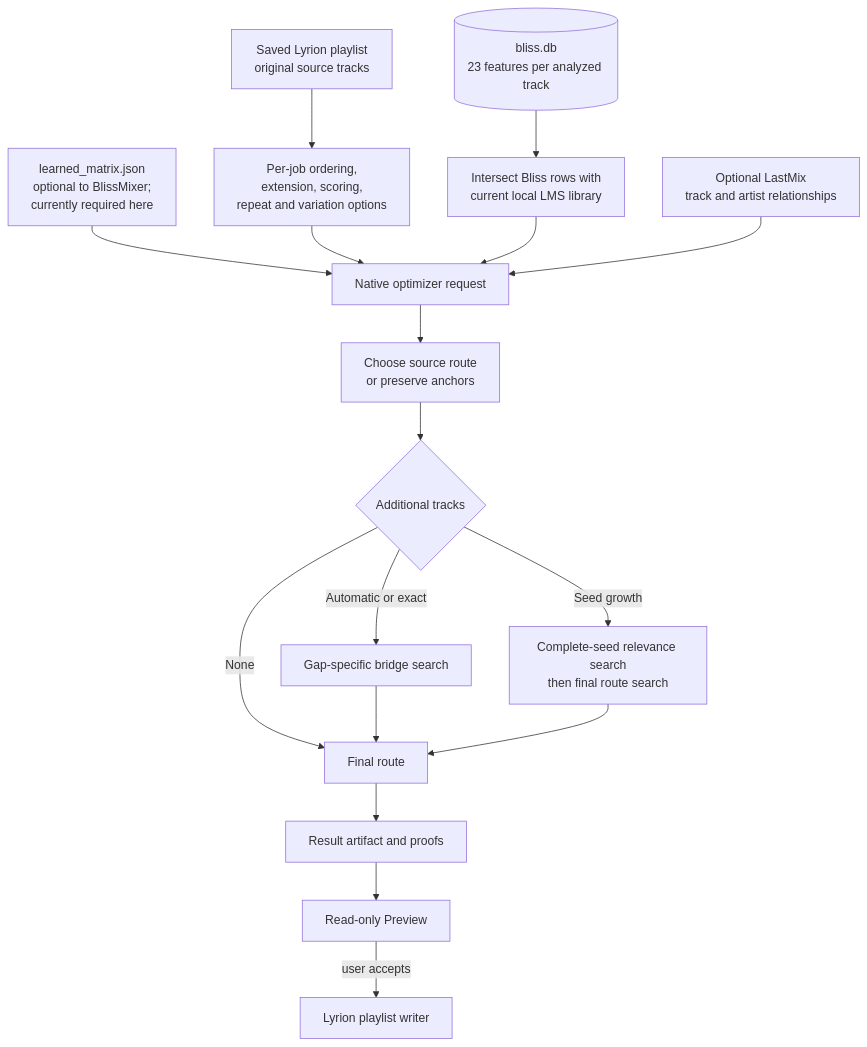
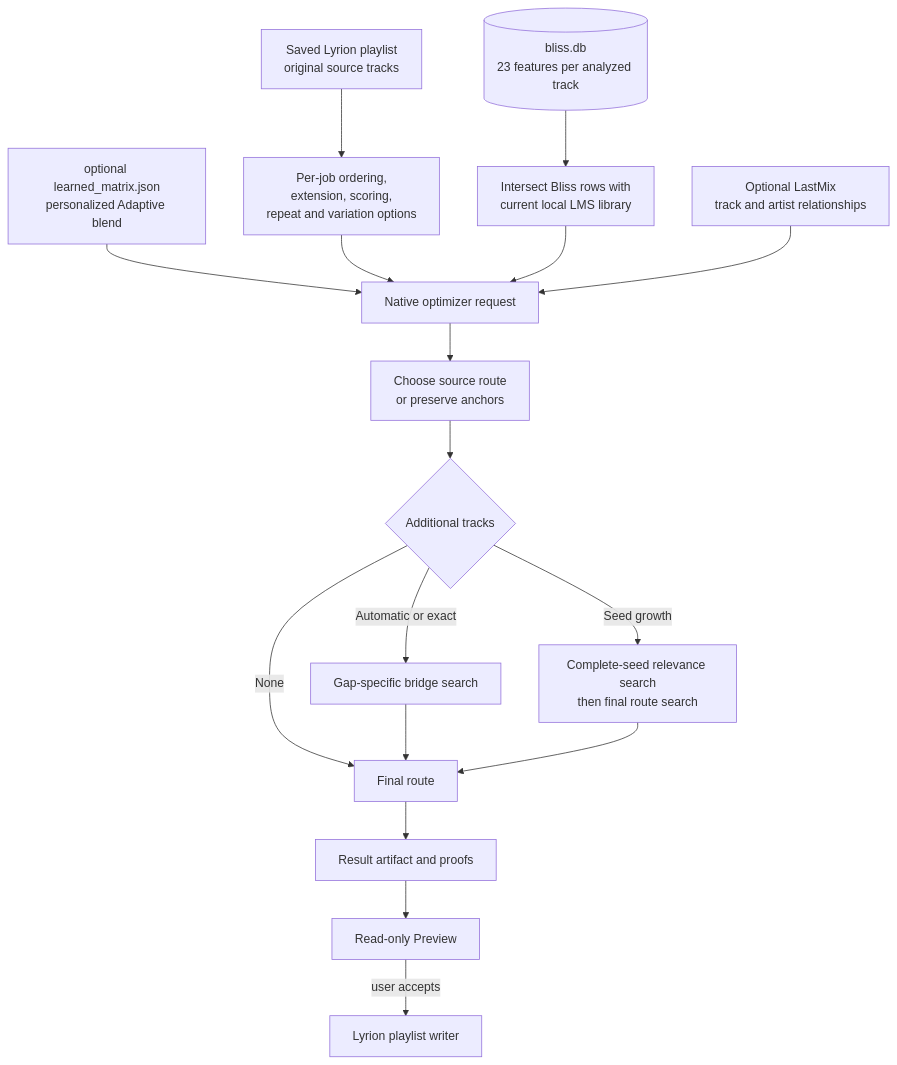
Before and after one commit to chrober/lms-better-call-bliss: the first of 8 diagrams in ALGORITHMS.md, drawn with Mermaid. The commit also changed other lines of this file and 10 other files, not shown here.

Commit message:
Support optional matrix scoring strategies

```diff
--- a/ALGORITHMS.md
+++ b/ALGORITHMS.md
@@ -44,19 +44,19 @@
 ~~~mermaid
 flowchart TD
     P["Saved Lyrion playlist<br/>original source tracks"] --> O["Per-job ordering,<br/>extension, scoring,<br/>repeat and variation options"]
     DB[("bliss.db<br/>23 features per analyzed track")] --> I["Intersect Bliss rows with<br/>current local LMS library"]
-    M["learned_matrix.json<br/>optional to BlissMixer;<br/>currently required here"] --> N
+    M["optional learned_matrix.json<br/>personalized Adaptive blend"] --> N
     O --> N["Native optimizer request"]
     I --> N
     L["Optional LastMix<br/>track and artist relationships"] --> N
     N --> S["Choose source route<br/>or preserve anchors"]
     S --> X{"Additional tracks"}
     X -- None --> R["Final route"]
     X -- Automatic or exact --> B["Gap-specific bridge search"]
     X -- Seed growth --> G["Complete-seed relevance search<br/>then final route search"]
     B --> R
     G --> R
     R --> V["Result artifact and proofs"]
     V --> Q["Read-only Preview"]
     Q -->|"user accepts"| W["Lyrion playlist writer"]
 ~~~
```
